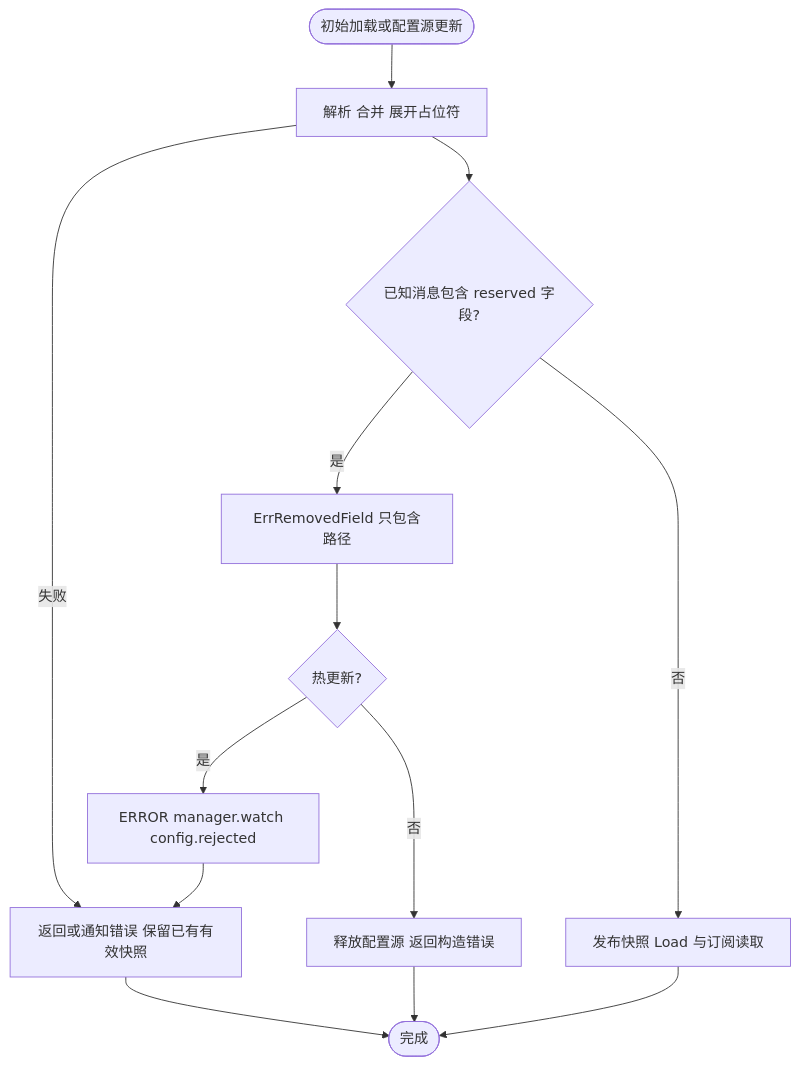
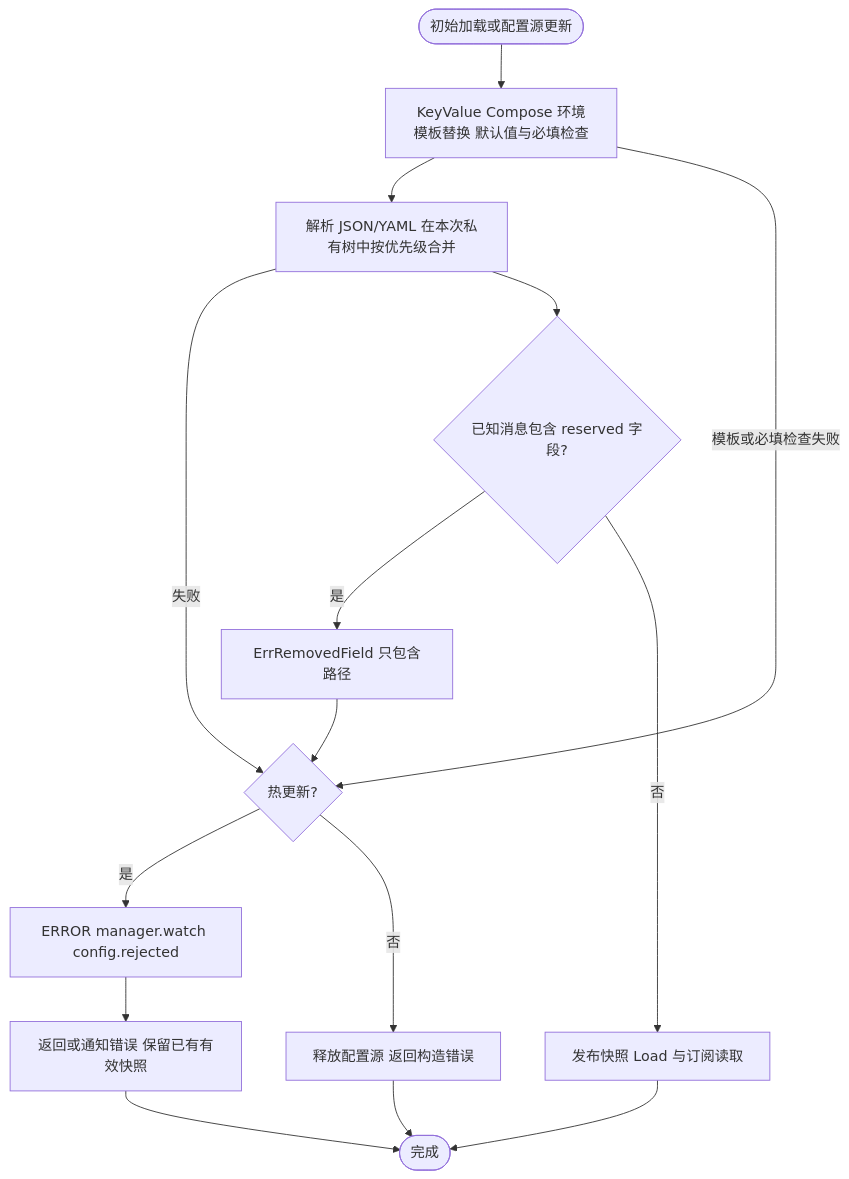
One commit to jaggerzhuang1994/kratos-foundation changed the first of 4 diagrams in pkg/config/README.md. Above: the diagram before and after it, drawn with Mermaid. The commit also changed other lines of this file and 104 other files, not shown here.

````diff
--- a/pkg/config/README.md
+++ b/pkg/config/README.md
@@ -48,15 +50,18 @@
 ```mermaid
 flowchart TD
-    A([初始加载或配置源更新]) --> B[解析 合并 展开占位符]
-    B -- 失败 --> E[返回或通知错误 保留已有有效快照]
+    A([初始加载或配置源更新]) --> V[KeyValue Compose 环境模板替换 默认值与必填检查]
+    V --> B[解析 JSON/YAML 在本次私有树中按优先级合并]
+    V -- 模板或必填检查失败 --> F
+    B -- 失败 --> F
+    E[返回或通知错误 保留已有有效快照]
     B --> C{已知消息包含 reserved 字段?}
     C -- 是 --> D[ErrRemovedField 只包含路径]
     D --> F{热更新?}
     F -- 是 --> L[ERROR manager.watch config.rejected]
     L --> E
     F -- 否 --> K[释放配置源 返回构造错误]
     C -- 否 --> G[发布快照 Load 与订阅读取]
     G --> H([完成])
     E --> H
     K --> H
 ```
````
